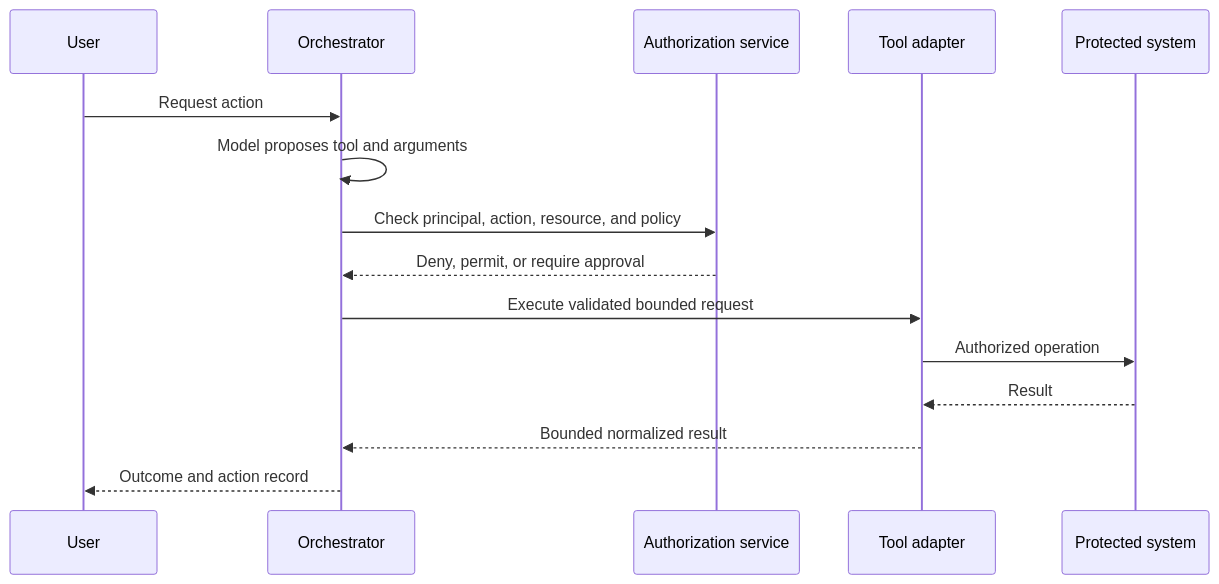
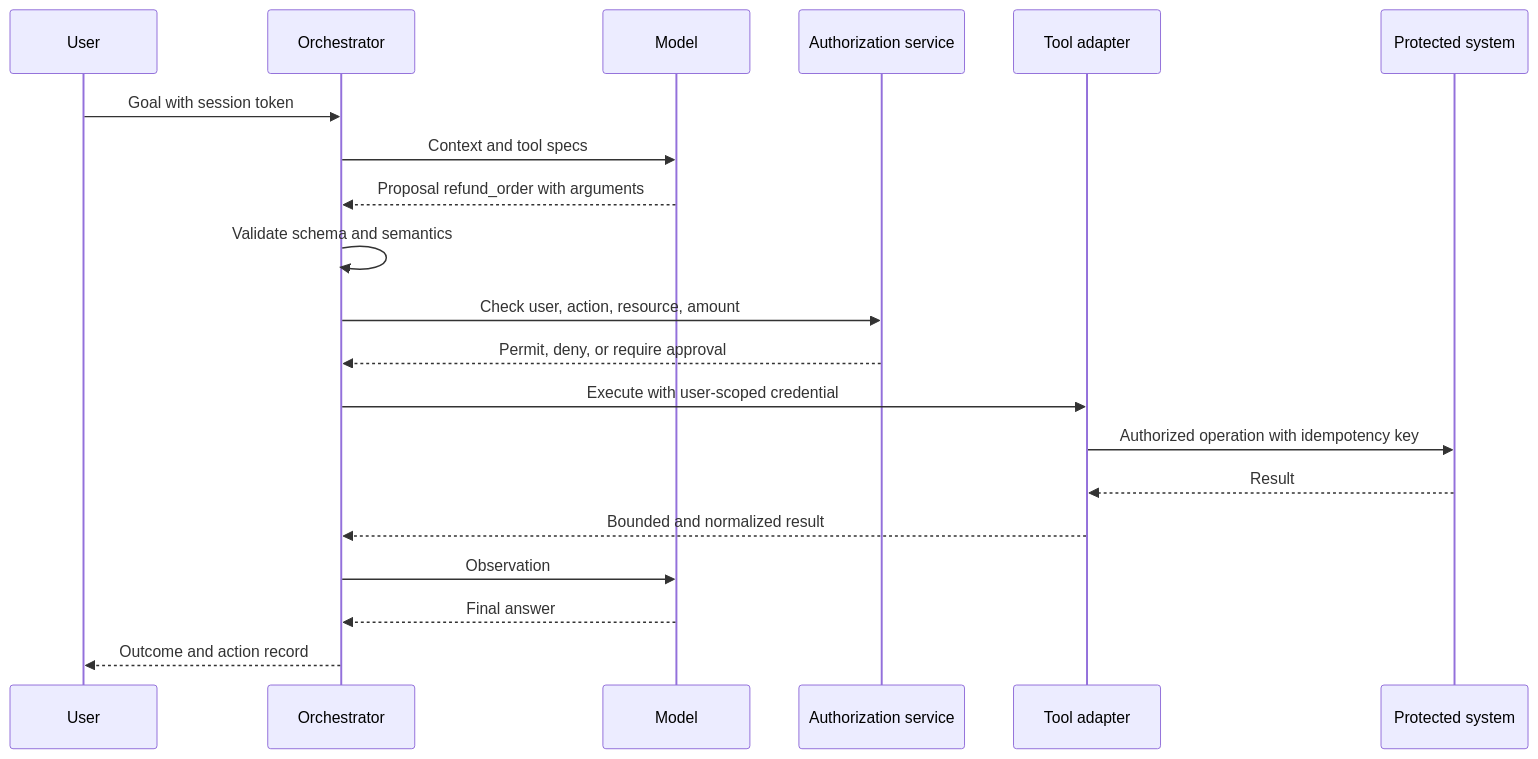
One commit to joydasss/Architect changed the third of 10 diagrams in 16_AI_and_GenAI/CH21_Agents_Tool_Calling_Memory_Planning.md. Above: the diagram before and after it, drawn with Mermaid. The commit also changed other lines of this file and 295 other files, not shown here.

````diff
--- a/16_AI_and_GenAI/CH21_Agents_Tool_Calling_Memory_Planning.md
+++ b/16_AI_and_GenAI/CH21_Agents_Tool_Calling_Memory_Planning.md
@@ -32,17 +323,22 @@
 ```mermaid
 sequenceDiagram
-    participant User
-    participant Agent as Orchestrator
-    participant Auth as Authorization service
-    participant Tool as Tool adapter
-    participant System as Protected system
-    User->>Agent: Request action
-    Agent->>Agent: Model proposes tool and arguments
-    Agent->>Auth: Check principal, action, resource, and policy
-    Auth-->>Agent: Deny, permit, or require approval
-    Agent->>Tool: Execute validated bounded request
-    Tool->>System: Authorized operation
-    System-->>Tool: Result
-    Tool-->>Agent: Bounded normalized result
-    Agent-->>User: Outcome and action record
+    participant U as User
+    participant O as Orchestrator
+    participant M as Model
+    participant A as Authorization service
+    participant T as Tool adapter
+    participant S as Protected system
+    U->>O: Goal with session token
+    O->>M: Context and tool specs
+    M-->>O: Proposal refund_order with arguments
+    O->>O: Validate schema and semantics
+    O->>A: Check user, action, resource, amount
+    A-->>O: Permit, deny, or require approval
+    O->>T: Execute with user-scoped credential
+    T->>S: Authorized operation with idempotency key
+    S-->>T: Result
+    T-->>O: Bounded and normalized result
+    O->>M: Observation
+    M-->>O: Final answer
+    O-->>U: Outcome and action record
 ```
````
